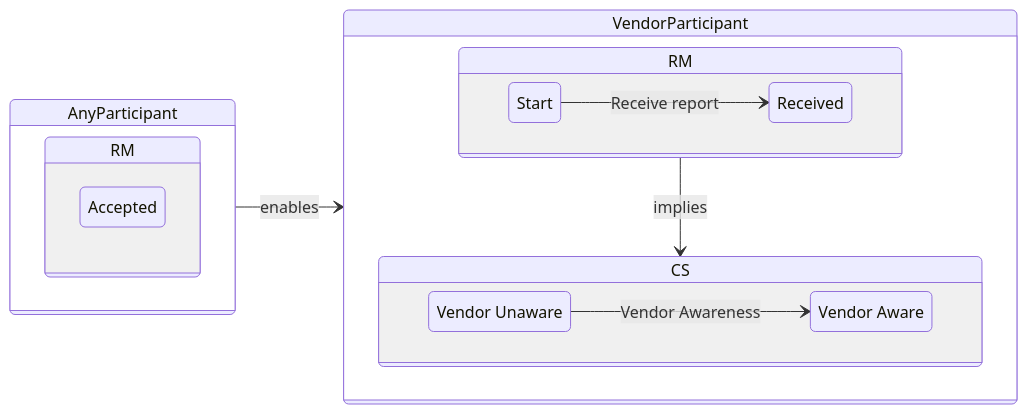
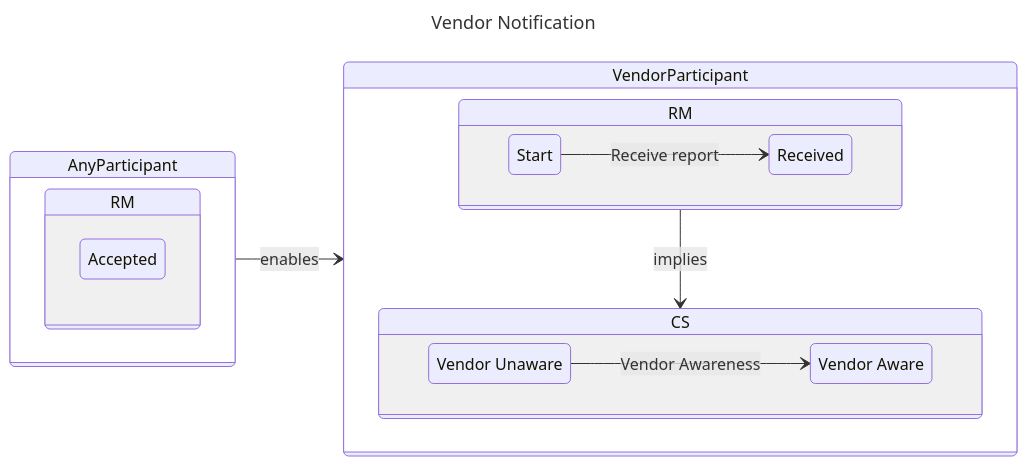
The first of 9 diagrams in docs/topics/process_models/model_interactions/rm_em_cs.md (CERTCC/Vultron), drawn with Mermaid before and after one commit. The commit also changed other lines of this file and 30 other files, not shown here.

````diff
--- a/docs/topics/process_models/model_interactions/rm_em_cs.md
+++ b/docs/topics/process_models/model_interactions/rm_em_cs.md
@@ -31,25 +35,28 @@
 ```mermaid
+---
+title: Vendor Notification
+---
 stateDiagram-v2
     direction LR
     state AnyParticipant {
         state RM {
             A: Accepted
         }
     }
     state VendorParticipant {
         RM2: RM
         state RM2 {
             direction LR
             Start --> Received : Receive report
         }
 
         state CS {
             direction LR
             vfd: Vendor Unaware
             Vfd: Vendor Aware
             vfd --> Vfd : Vendor Awareness
         }
         RM2 --> CS: implies
     }
     AnyParticipant --> VendorParticipant: enables
 ```
````
